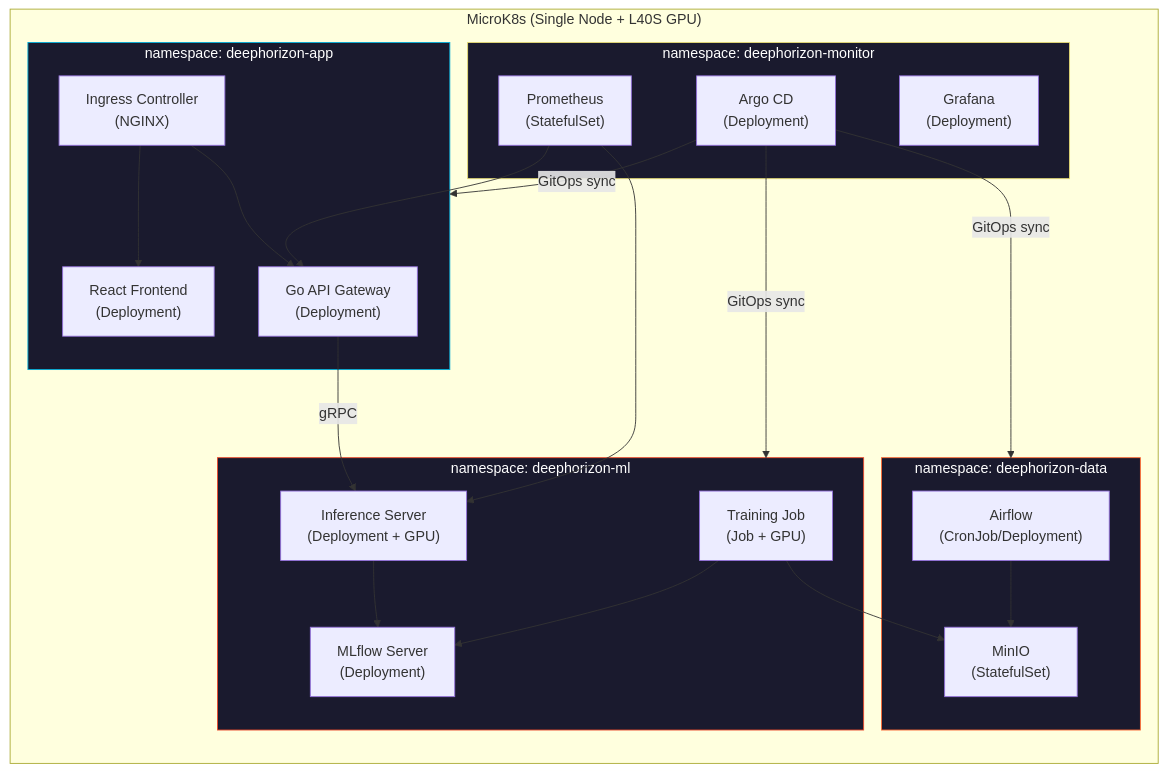
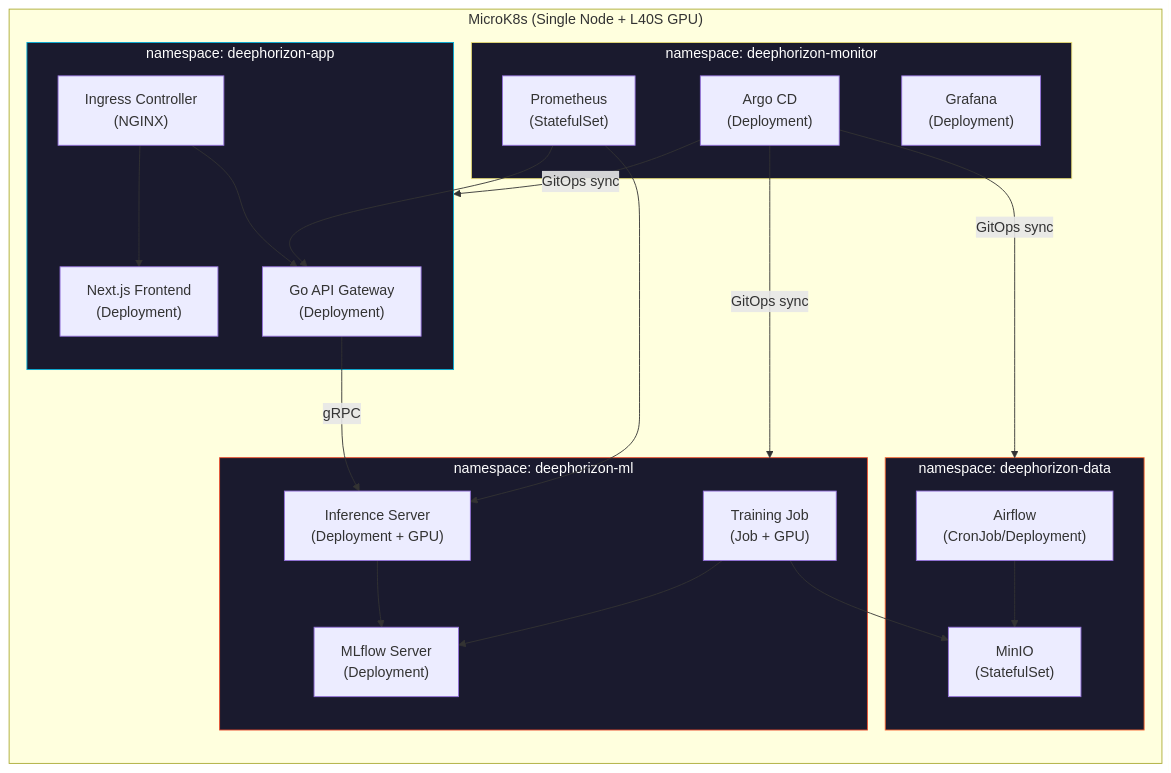
One commit to Octapull/deephorizon changed the third of 3 diagrams in README.md. Above: the diagram before and after it, drawn with Mermaid. The commit also changed other lines of this file and 5 other files, not shown here.

First line of the commit message:
docs(frontend): switch from Vite/React-SPA to Next.js 15 + Tailwind 3

````diff
--- a/README.md
+++ b/README.md
@@ -945,47 +950,47 @@
 ```mermaid
 graph TB
     subgraph MicroK8s Node ["MicroK8s (Single Node + L40S GPU)"]
         direction TB
 
         subgraph ns-data ["namespace: deephorizon-data"]
             airflow["Airflow\n(CronJob/Deployment)"]
             minio["MinIO\n(StatefulSet)"]
         end
 
         subgraph ns-ml ["namespace: deephorizon-ml"]
             train["Training Job\n(Job + GPU)"]
             mlflow["MLflow Server\n(Deployment)"]
             inference["Inference Server\n(Deployment + GPU)"]
         end
 
         subgraph ns-app ["namespace: deephorizon-app"]
             api["Go API Gateway\n(Deployment)"]
-            frontend["React Frontend\n(Deployment)"]
+            frontend["Next.js Frontend\n(Deployment)"]
             ingress["Ingress Controller\n(NGINX)"]
         end
 
         subgraph ns-monitor ["namespace: deephorizon-monitor"]
             prom["Prometheus\n(StatefulSet)"]
             grafana["Grafana\n(Deployment)"]
             argocd["Argo CD\n(Deployment)"]
         end
     end
 
     ingress --> frontend
     ingress --> api
     api -->|gRPC| inference
     inference --> mlflow
     train --> mlflow
     train --> minio
     airflow --> minio
     prom --> api
     prom --> inference
     argocd -->|GitOps sync| ns-data
     argocd -->|GitOps sync| ns-ml
     argocd -->|GitOps sync| ns-app
 
     style ns-data fill:#1a1a2e,stroke:#FF6B35,color:#fff
     style ns-ml fill:#1a1a2e,stroke:#EE4C2C,color:#fff
     style ns-app fill:#1a1a2e,stroke:#00ADD8,color:#fff
     style ns-monitor fill:#1a1a2e,stroke:#E6DB74,color:#fff
 ```
````
